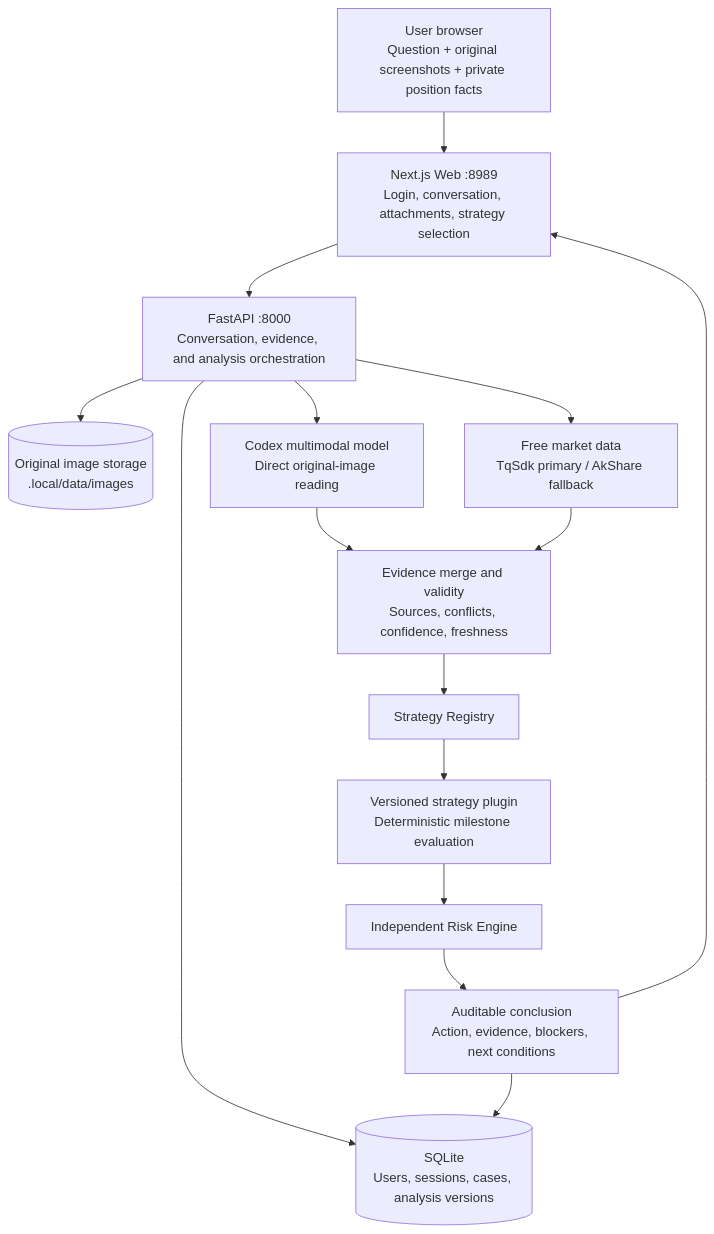
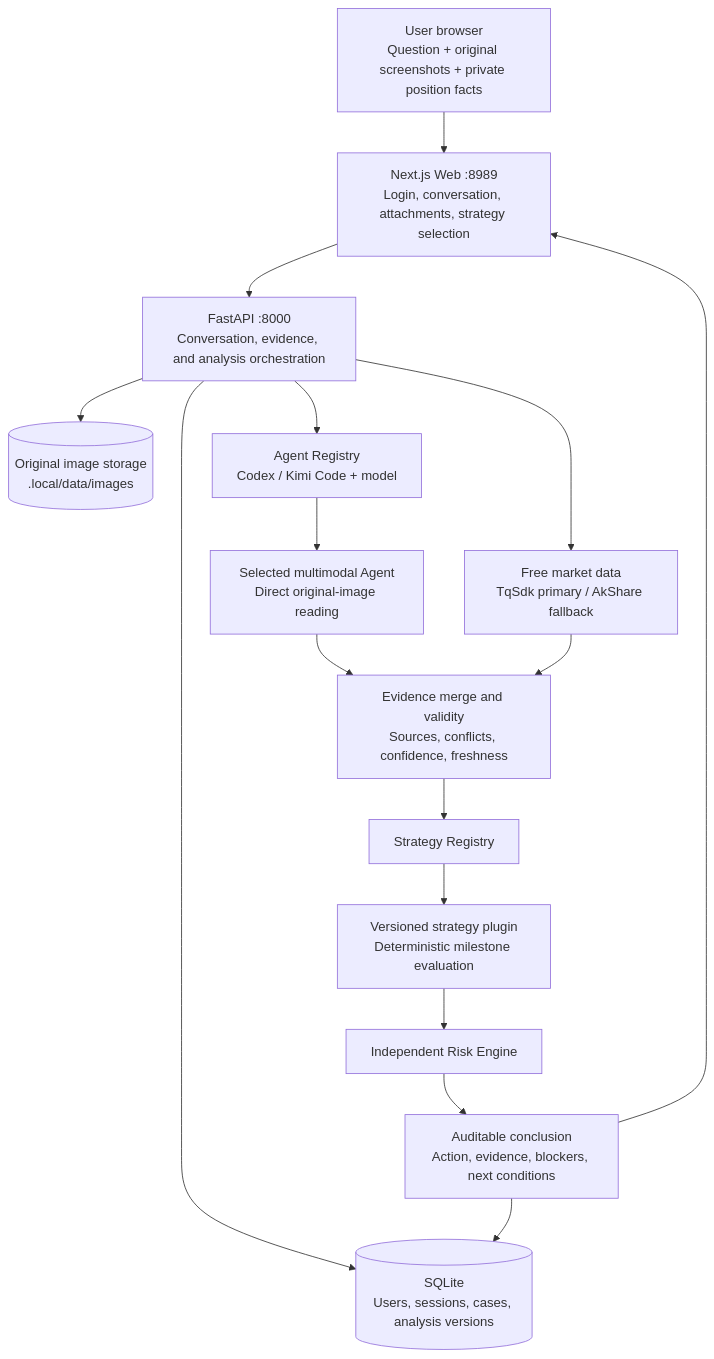
Before and after one commit to IFOSR/panshi-trading-ai: the diagram in README.en.md, drawn with Mermaid. The commit also changed other lines of this file and 40 other files, not shown here.

Commit message:
feat(agent): add selectable Codex and Kimi backends

````diff
--- a/README.en.md
+++ b/README.en.md
@@ -69,31 +75,33 @@
 ```mermaid
 flowchart TD
     U[User browser<br/>Question + original screenshots + private position facts]
     W[Next.js Web :8989<br/>Login, conversation, attachments, strategy selection]
     A[FastAPI :8000<br/>Conversation, evidence, and analysis orchestration]
 
     DB[(SQLite<br/>Users, sessions, cases, analysis versions)]
     IMG[(Original image storage<br/>.local/data/images)]
-    V[Codex multimodal model<br/>Direct original-image reading]
+    G[Agent Registry<br/>Codex / Kimi Code + model]
+    V[Selected multimodal Agent<br/>Direct original-image reading]
     M[Free market data<br/>TqSdk primary / AkShare fallback]
     E[Evidence merge and validity<br/>Sources, conflicts, confidence, freshness]
     R[Strategy Registry]
     S[Versioned strategy plugin<br/>Deterministic milestone evaluation]
     K[Independent Risk Engine]
     O[Auditable conclusion<br/>Action, evidence, blockers, next conditions]
 
     U --> W
     W --> A
     A --> DB
     A --> IMG
-    A --> V
+    A --> G
+    G --> V
     A --> M
     V --> E
     M --> E
     E --> R
     R --> S
     S --> K
     K --> O
     O --> DB
     O --> W
 ```
````
